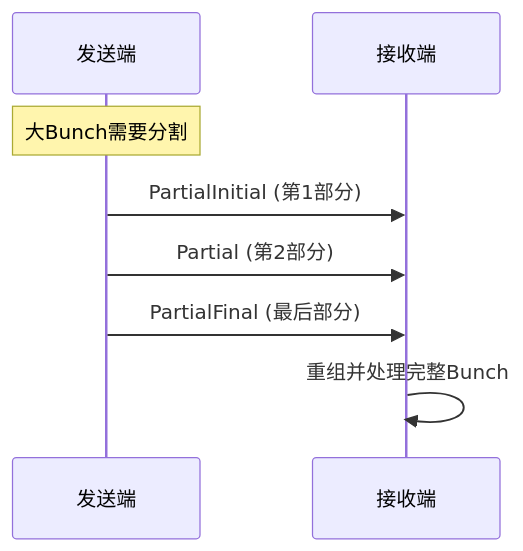
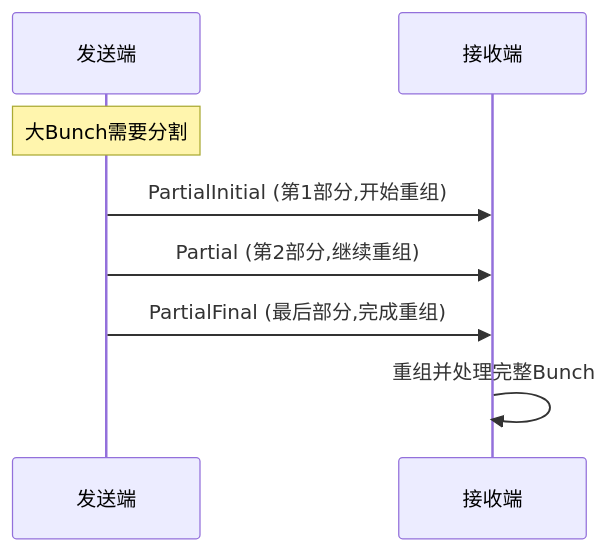
The fourth of 5 diagrams in Network/Lesson01_NetworkArchitecture.md (xyun1996/UE5_Tutorial), drawn with Mermaid before and after one commit. The commit also changed other lines of this file and 1 other file, not shown here.

````diff
--- a/Network/Lesson01_NetworkArchitecture.md
+++ b/Network/Lesson01_NetworkArchitecture.md
@@ -461,12 +485,12 @@
 ```mermaid
 sequenceDiagram
     participant Sender as 发送端
     participant Receiver as 接收端
 
     Note over Sender: 大Bunch需要分割
-    Sender->>Receiver: PartialInitial (第1部分)
-    Sender->>Receiver: Partial (第2部分)
-    Sender->>Receiver: PartialFinal (最后部分)
+    Sender->>Receiver: PartialInitial (第1部分,开始重组)
+    Sender->>Receiver: Partial (第2部分,继续重组)
+    Sender->>Receiver: PartialFinal (最后部分,完成重组)
 
     Receiver->>Receiver: 重组并处理完整Bunch
 ```
````
